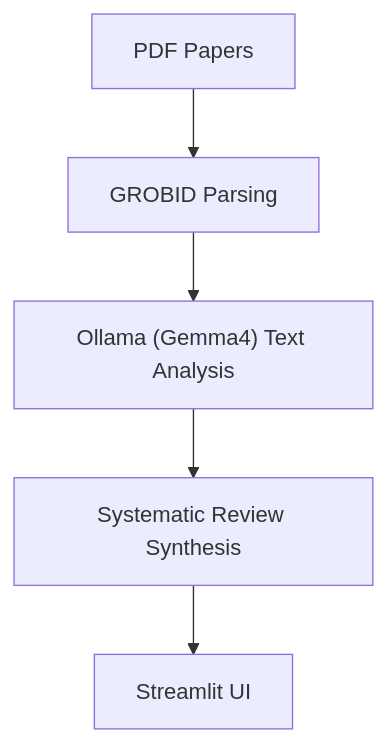
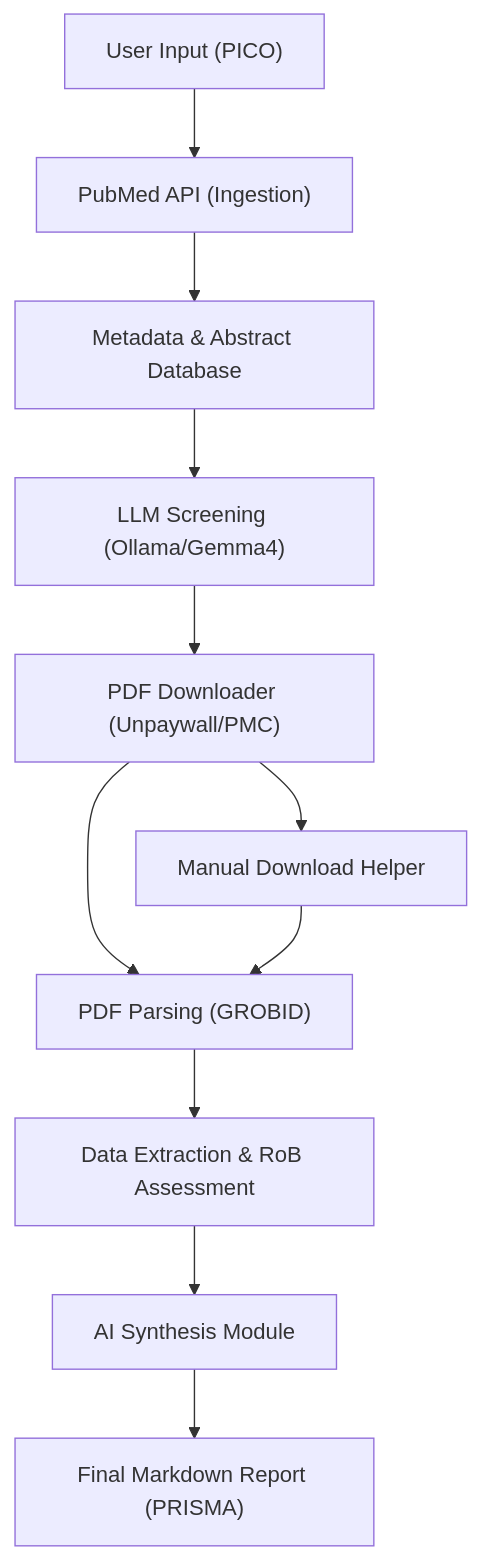
The diagram in README.md (HyunchanAn/Dental_006), drawn with Mermaid before and after one commit. The commit also changed other lines of this file and 12 other files, not shown here.

Commit message:
chore: clean up root directory and update architecture diagram

````diff
--- a/README.md
+++ b/README.md
@@ -13,7 +13,13 @@
 ```mermaid
 graph TD
-    A["PDF Papers"] --> B["GROBID Parsing"]
-    B --> C["Ollama (Gemma4) Text Analysis"]
-    C --> D["Systematic Review Synthesis"]
-    D --> E["Streamlit UI"]
+    A["User Input (PICO)"] --> B["PubMed API (Ingestion)"]
+    B --> C["Metadata & Abstract Database"]
+    C --> D["LLM Screening (Ollama/Gemma4)"]
+    D --> E["PDF Downloader (Unpaywall/PMC)"]
+    E --> F["Manual Download Helper"]
+    E --> G["PDF Parsing (GROBID)"]
+    F --> G
+    G --> H["Data Extraction & RoB Assessment"]
+    H --> I["AI Synthesis Module"]
+    I --> J["Final Markdown Report (PRISMA)"]
 ```
````
